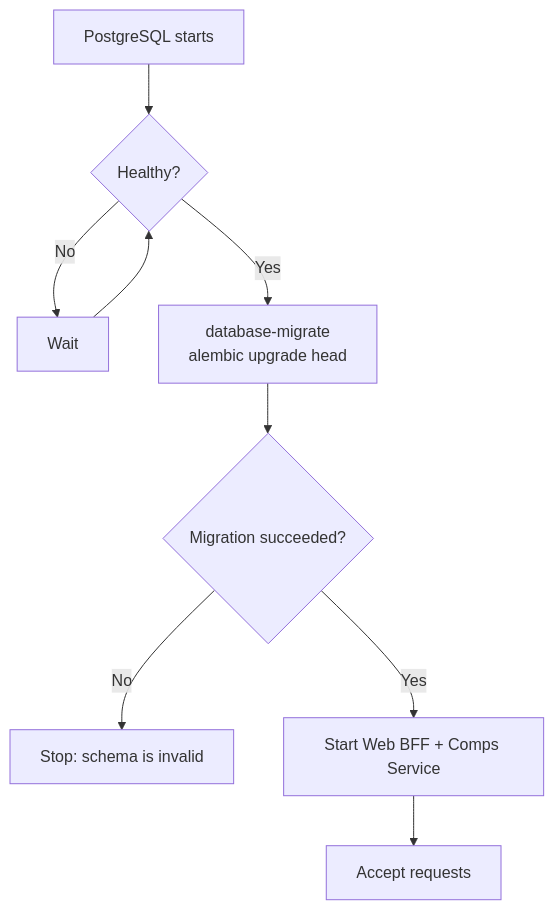
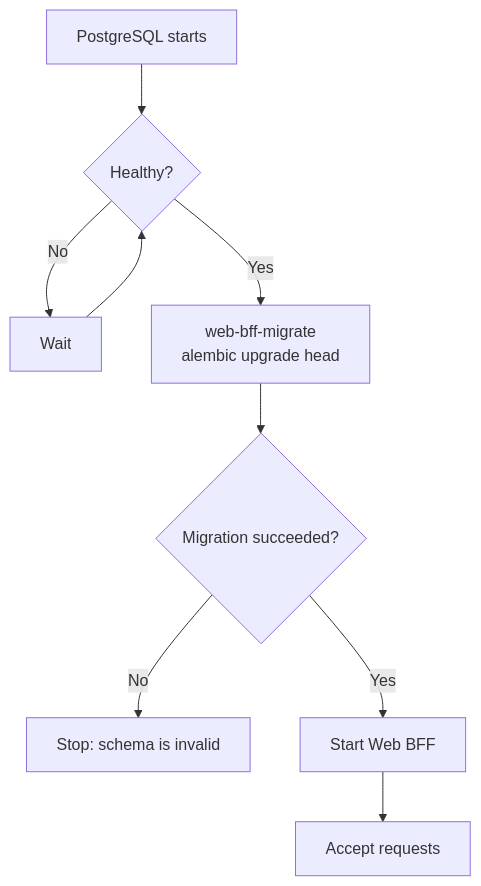
Before and after one commit to zer0plus/talk-to-your-stock: the third of 3 diagrams in docs/database/README.md, drawn with Mermaid. The commit also changed other lines of this file and 22 other files, not shown here.

````diff
--- a/docs/database/README.md
+++ b/docs/database/README.md
@@ -93,11 +92,11 @@
 ```mermaid
 flowchart TD
     P["PostgreSQL starts"] --> H{"Healthy?"}
     H -- No --> W["Wait"]
     W --> H
-    H -- Yes --> M["database-migrate<br/>alembic upgrade head"]
+    H -- Yes --> M["web-bff-migrate<br/>alembic upgrade head"]
     M --> S{"Migration succeeded?"}
     S -- No --> F["Stop: schema is invalid"]
-    S -- Yes --> B["Start Web BFF + Comps Service"]
+    S -- Yes --> B["Start Web BFF"]
     B --> R["Accept requests"]
 ```
````
